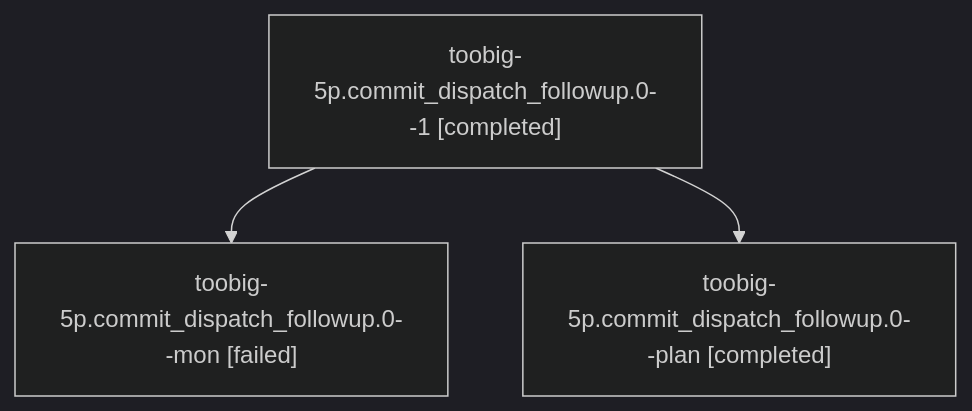
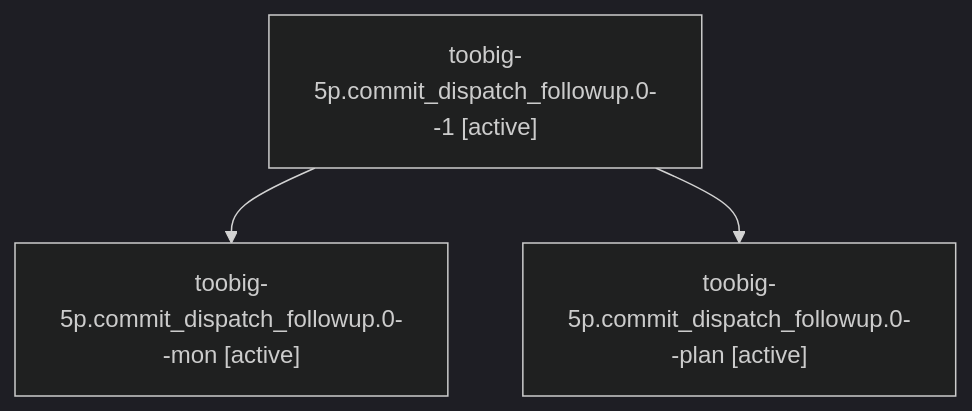
The diagram in families/bbugyi200.athena.toobig-5p.commit_dispatch_followup.0.md (sase-org/sase--agents), drawn with Mermaid (dark theme) before and after one commit. The commit also changed other lines of this file and 35830 other files, not shown here.

````diff
--- a/families/bbugyi200.athena.toobig-5p.commit_dispatch_followup.0.md
+++ b/families/bbugyi200.athena.toobig-5p.commit_dispatch_followup.0.md
@@ -9,8 +9,8 @@
 ```mermaid
 flowchart TD
-  n0["toobig-5p.commit_dispatch_followup.0--1 [completed]"]
-  n1["toobig-5p.commit_dispatch_followup.0--mon [failed]"]
+  n0["toobig-5p.commit_dispatch_followup.0--1 [active]"]
+  n1["toobig-5p.commit_dispatch_followup.0--mon [active]"]
   n0 --> n1
-  n2["toobig-5p.commit_dispatch_followup.0--plan [completed]"]
+  n2["toobig-5p.commit_dispatch_followup.0--plan [active]"]
   n0 --> n2
 ```
````
